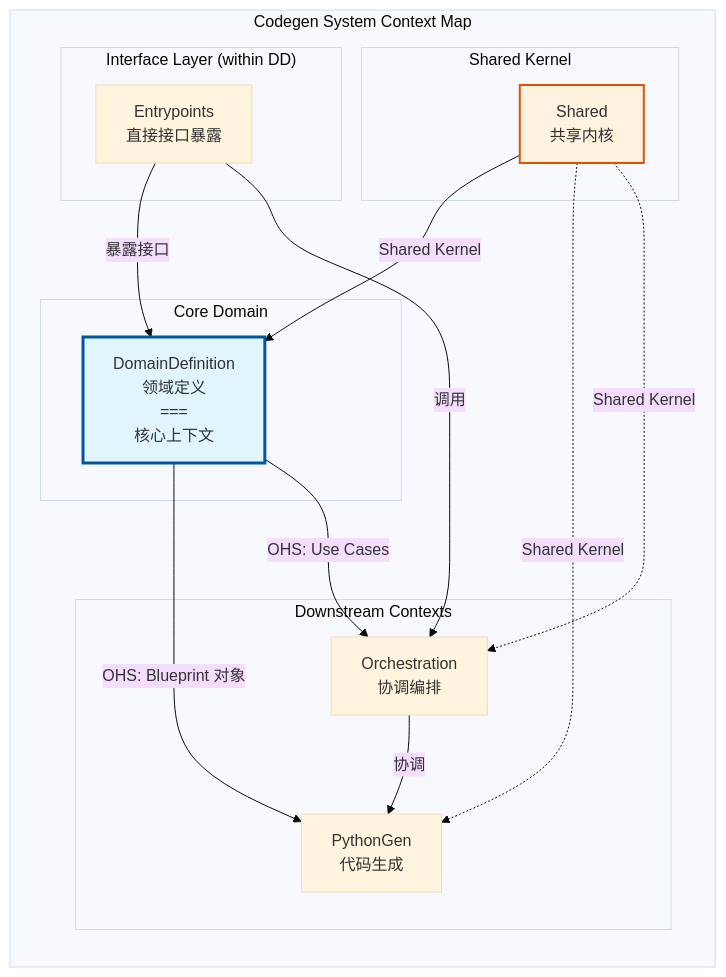
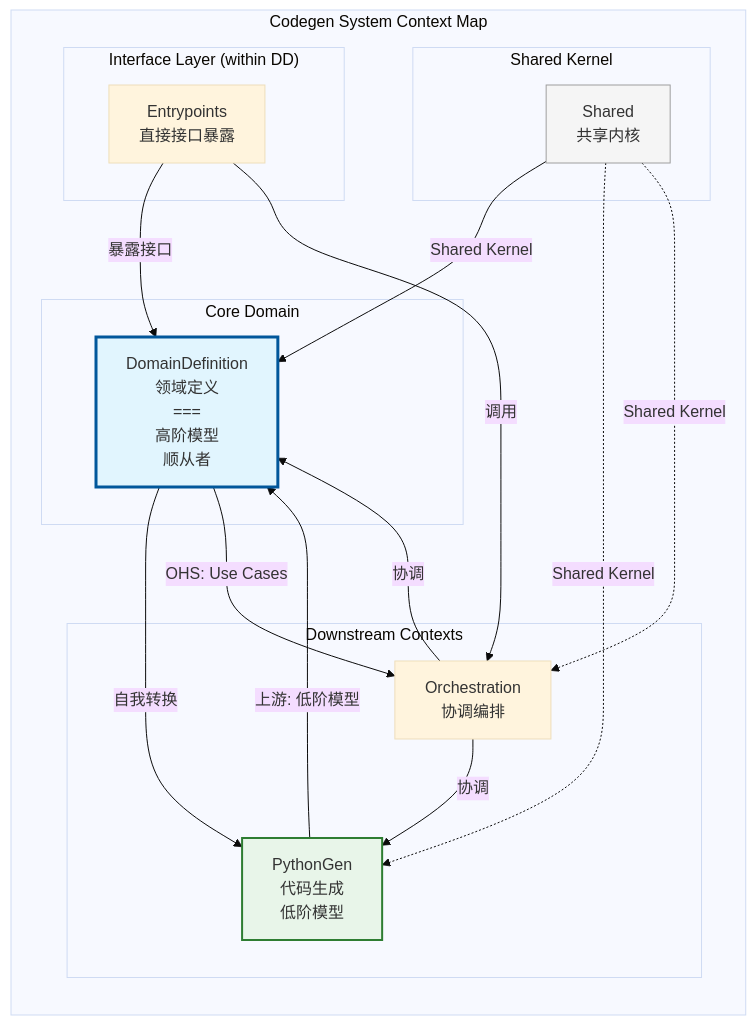
The diagram in docs/domain_definition/ddd-strategic.md (Goodsome/codegen), drawn with Mermaid (base theme) before and after one commit. The commit also changed other lines of this file and 67 other files, not shown here.

````diff
--- a/docs/domain_definition/ddd-strategic.md
+++ b/docs/domain_definition/ddd-strategic.md
@@ -72,35 +75,38 @@
 ```mermaid
 graph TB
     subgraph "Codegen System Context Map"
         direction TB
 
         subgraph "Shared Kernel"
             SHARED[Shared<br/>共享内核]
         end
 
         subgraph "Core Domain"
-            DD[DomainDefinition<br/>领域定义<br/>===<br/>核心上下文]
+            DD[DomainDefinition<br/>领域定义<br/>===<br/>高阶模型<br/>顺从者]
         end
 
         subgraph "Downstream Contexts"
-            PG[PythonGen<br/>代码生成]
+            PG[PythonGen<br/>代码生成<br/>低阶模型]
             ORCH[Orchestration<br/>协调编排]
         end
 
         subgraph "Interface Layer (within DD)"
             ENT[Entrypoints<br/>直接接口暴露]
         end
 
         SHARED -->|Shared Kernel| DD
-        DD -->|OHS: Blueprint 对象| PG
+        PG -->|上游: 低阶模型| DD
+        DD -->|自我转换| PG
         DD -->|OHS: Use Cases| ORCH
         ENT -->|暴露接口| DD
         SHARED -.->|Shared Kernel| PG
         SHARED -.->|Shared Kernel| ORCH
+        ORCH -->|协调| DD
         ORCH -->|协调| PG
         ENT -->|调用| ORCH
     end
 
     style DD fill:#e1f5fe,stroke:#01579b,stroke-width:3px
-    style SHARED fill:#fff3e0,stroke:#e65100,stroke-width:2px
+    style PG fill:#e8f5e9,stroke:#2e7d32,stroke-width:2px
+    style SHARED fill:#f5f5f5,stroke:#9e9e9e,stroke-width:1px
 ```
````
